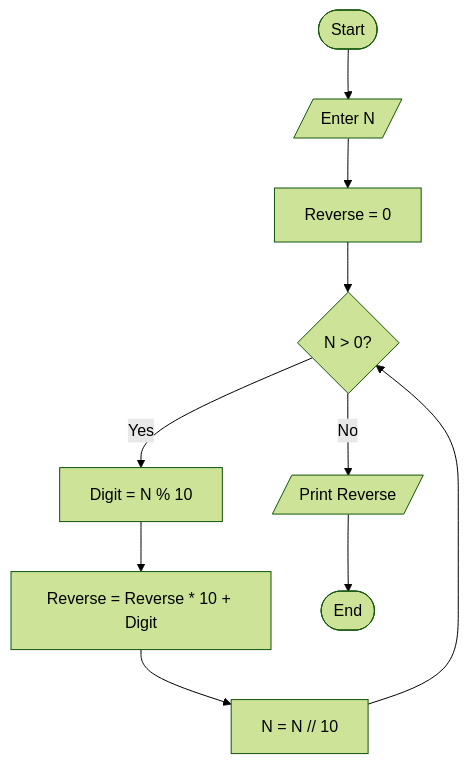
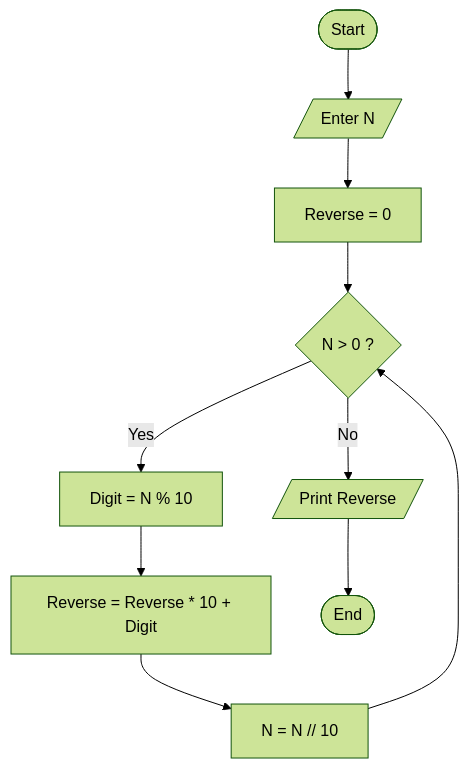
Before and after one commit to cwa-web/BasicPythonPrograms: diagram 11 of 20 in README.md, drawn with Mermaid (forest theme). The commit also changed other lines of this file, not shown here.

First line of the commit message:
Refactor flow diagrams to use Mermaid syntax

````diff
--- a/README.md
+++ b/README.md
@@ -339,12 +356,12 @@
   ```mermaid
   flowchart TD
       A([Start]) --> B[/Enter N/]
-      B --> C[Reverse = 0]
-      C --> D{N > 0?}
-      D -- Yes --> E[Digit = N % 10]
-      E --> F[Reverse = Reverse * 10 + Digit]
-      F --> G[N = N // 10]
+      B --> C["Reverse = 0"]
+      C --> D{"N > 0 ?"}
+      D -- Yes --> E["Digit = N % 10"]
+      E --> F["Reverse = Reverse * 10 + Digit"]
+      F --> G["N = N // 10"]
       G --> D
       D -- No --> H[/Print Reverse/]
       H --> I([End])
   ```
````
